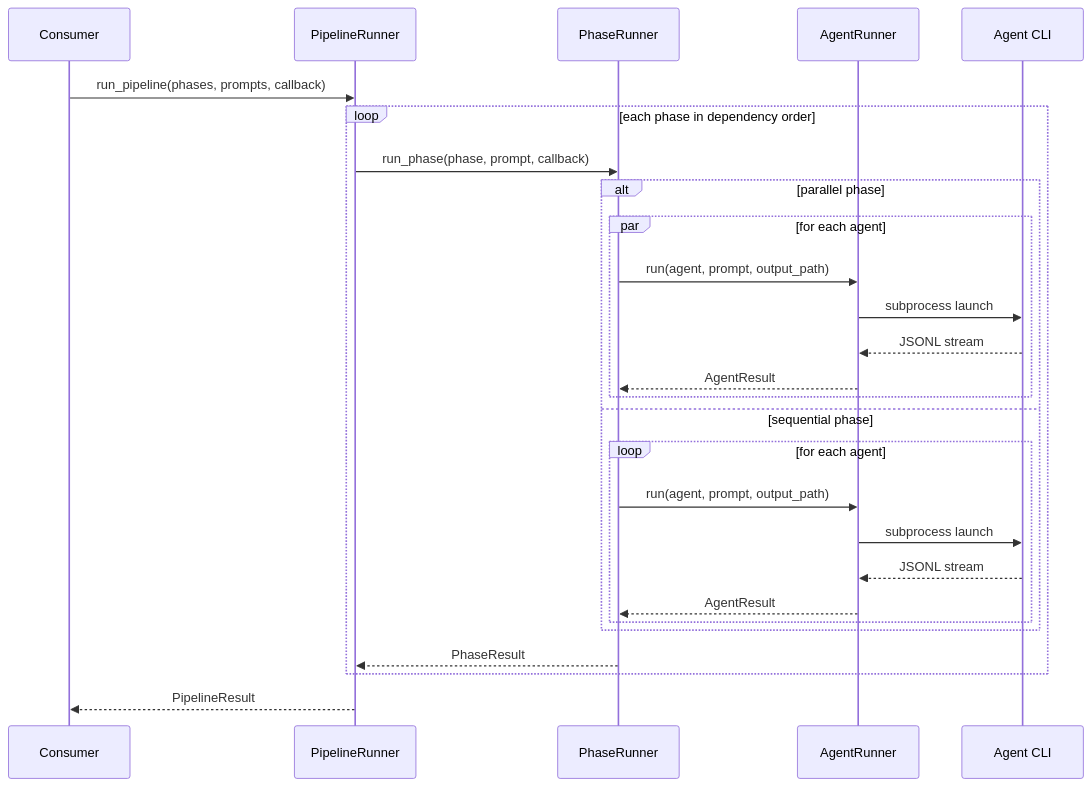
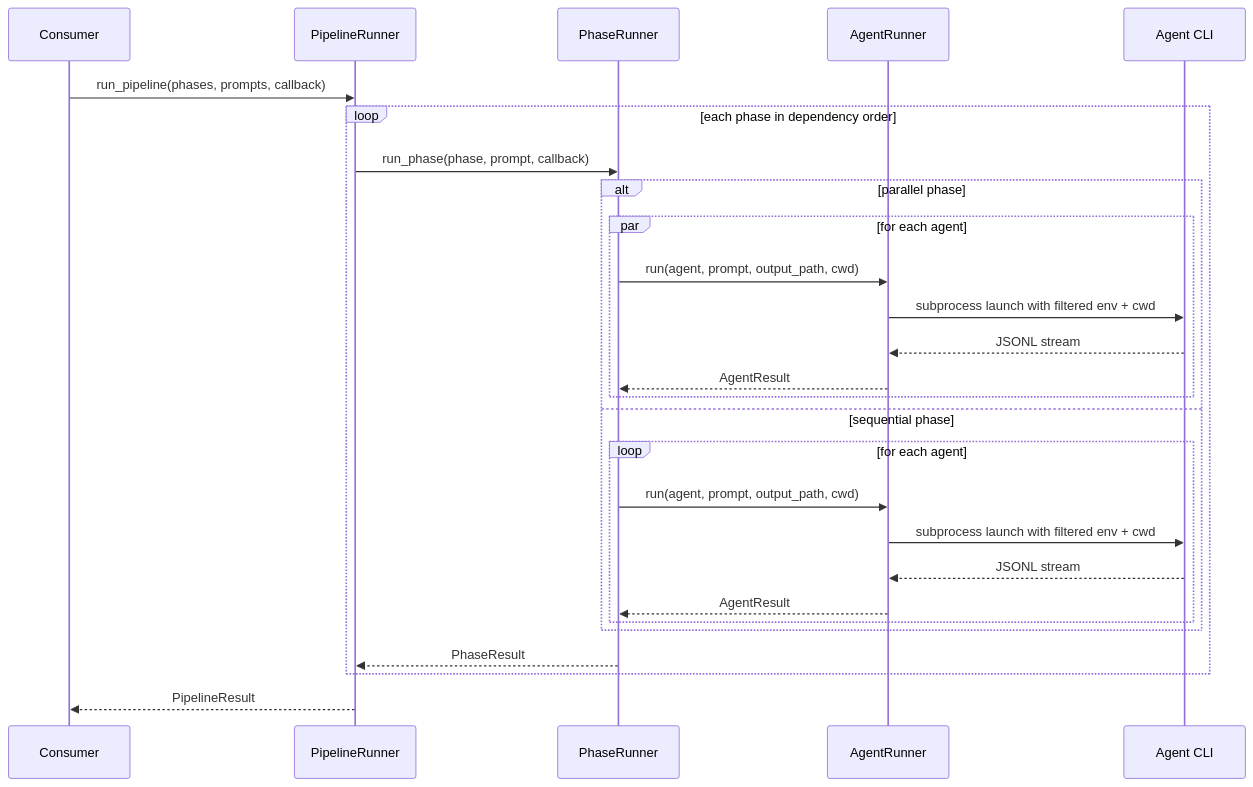
One commit to AbdelazizMoustafa10m/orchcore changed the second of 2 diagrams in doc/architecture/overview.md. Above: the diagram before and after it, drawn with Mermaid. The commit also changed other lines of this file and 107 other files, not shown here.

````diff
--- a/doc/architecture/overview.md
+++ b/doc/architecture/overview.md
@@ -140,30 +141,30 @@
 ```mermaid
 sequenceDiagram
     participant C as Consumer
     participant PR as PipelineRunner
     participant PhR as PhaseRunner
     participant AR as AgentRunner
     participant A as Agent CLI
 
     C->>PR: run_pipeline(phases, prompts, callback)
     loop each phase in dependency order
         PR->>PhR: run_phase(phase, prompt, callback)
         alt parallel phase
             par for each agent
-                PhR->>AR: run(agent, prompt, output_path)
-                AR->>A: subprocess launch
+                PhR->>AR: run(agent, prompt, output_path, cwd)
+                AR->>A: subprocess launch with filtered env + cwd
                 A-->>AR: JSONL stream
                 AR-->>PhR: AgentResult
             end
         else sequential phase
             loop for each agent
-                PhR->>AR: run(agent, prompt, output_path)
-                AR->>A: subprocess launch
+                PhR->>AR: run(agent, prompt, output_path, cwd)
+                AR->>A: subprocess launch with filtered env + cwd
                 A-->>AR: JSONL stream
                 AR-->>PhR: AgentResult
             end
         end
         PhR-->>PR: PhaseResult
     end
     PR-->>C: PipelineResult
 ```
````
